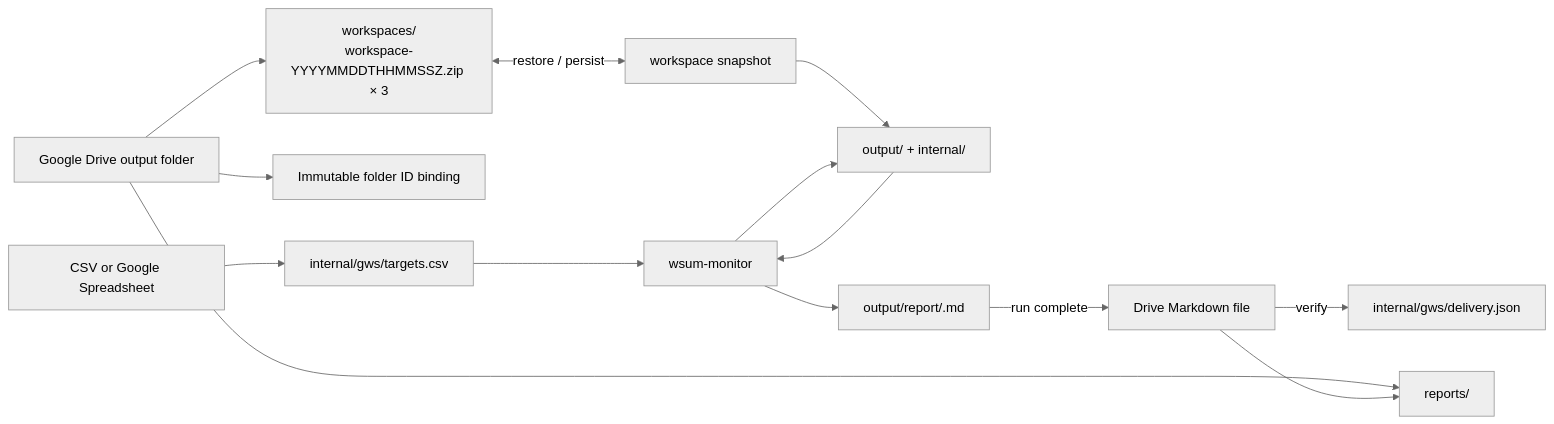
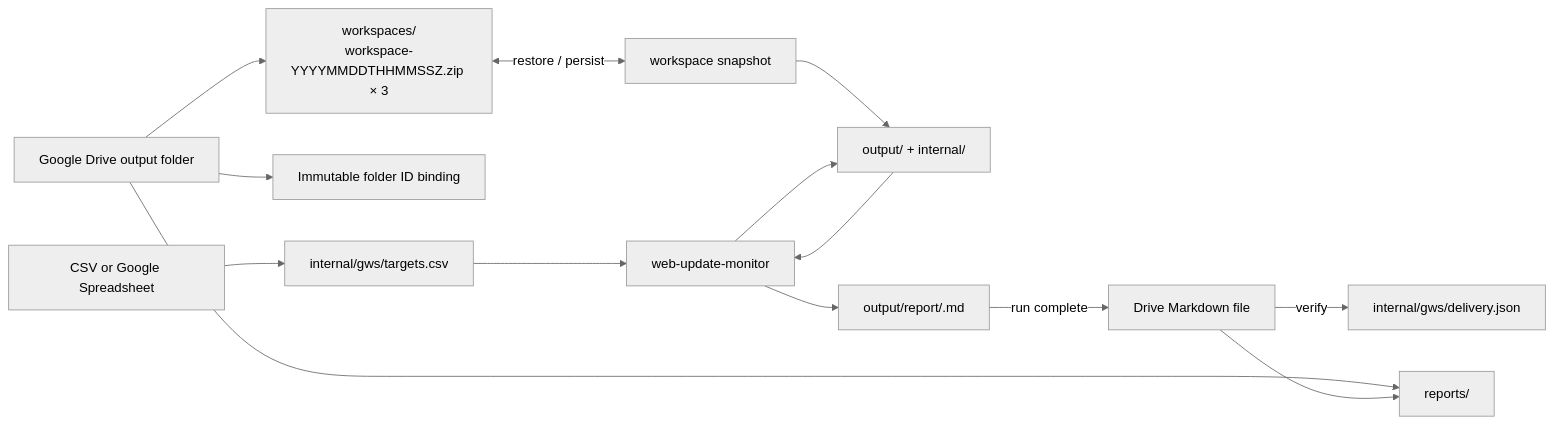
One commit to dceoy/wsum changed the first of 2 diagrams in README.md. Above: the diagram before and after it, drawn with Mermaid (neutral theme). The commit also changed other lines of this file and 18 other files, not shown here.

````diff
--- a/README.md
+++ b/README.md
@@ -23,16 +23,16 @@
 ```mermaid
 flowchart LR
     GS["CSV or Google Spreadsheet"] --> CSV["internal/gws/targets.csv"]
     DP["Google Drive output folder"] --> B["Immutable folder ID binding"]
     DP --> DS["workspaces/<br/>workspace-YYYYMMDDTHHMMSSZ.zip × 3"]
     DP --> DR["reports/"]
     DS <-->|restore / persist| WS["workspace snapshot"]
     WS --> WORKSPACE["output/ + internal/"]
-    CSV --> CORE["wsum-monitor"]
+    CSV --> CORE["web-update-monitor"]
     WORKSPACE --> CORE
     CORE --> WORKSPACE
     CORE --> REPORT["output/report/<run-id>.md"]
     REPORT -->|run complete| GMD["Drive Markdown file"]
     GMD -->|verify| DELIVERY["internal/gws/delivery.json"]
     GMD --> DR
 ```
````
